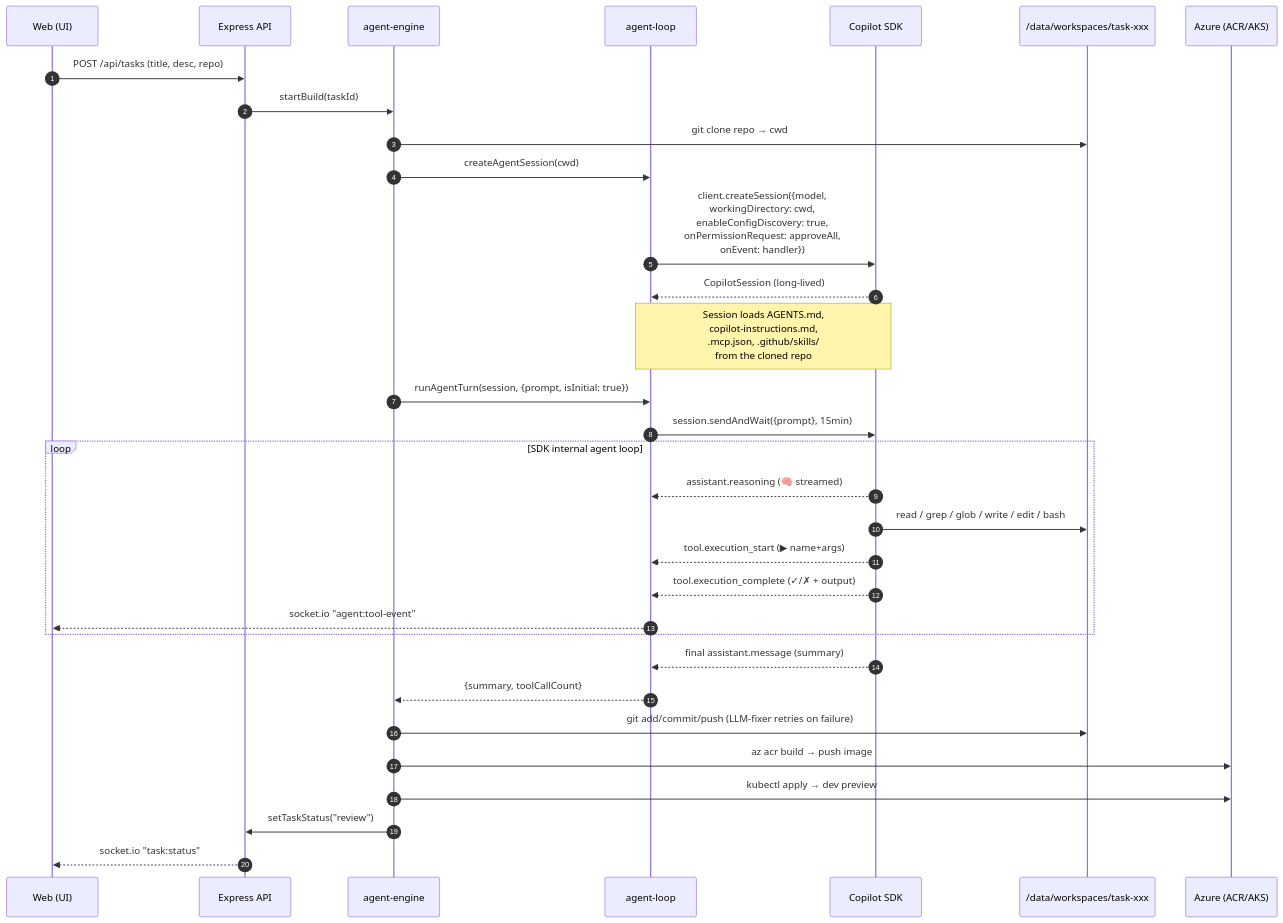
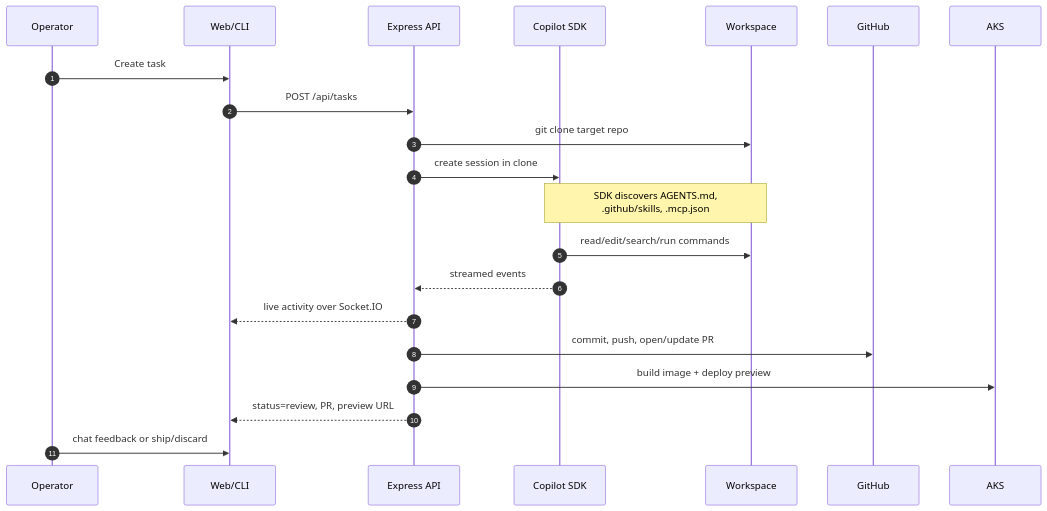
Before and after one commit to crgarcia12/Liliput: the third of 3 diagrams in README.md, drawn with Mermaid. The commit also changed other lines of this file and 10 other files, not shown here.

````diff
--- a/README.md
+++ b/README.md
@@ -46,38 +151,24 @@
 ```mermaid
 sequenceDiagram
     autonumber
-    participant UI as Web (UI)
-    participant API as Express API
-    participant Eng as agent-engine
-    participant AL as agent-loop
-    participant SDK as Copilot SDK
-    participant FS as /data/workspaces/task-xxx
-    participant Az as Azure (ACR/AKS)
+    participant U as Operator
+    participant W as Web/CLI
+    participant A as Express API
+    participant S as Copilot SDK
+    participant F as Workspace
+    participant G as GitHub
+    participant K as AKS
 
-    UI->>API: POST /api/tasks (title, desc, repo)
-    API->>Eng: startBuild(taskId)
-    Eng->>FS: git clone repo → cwd
-    Eng->>AL: createAgentSession(cwd)
-    AL->>SDK: client.createSession({model,<br/>workingDirectory: cwd,<br/>enableConfigDiscovery: true,<br/>onPermissionRequest: approveAll,<br/>onEvent: handler})
-    SDK-->>AL: CopilotSession (long-lived)
-    Note over AL,SDK: Session loads AGENTS.md,<br/>copilot-instructions.md,<br/>.mcp.json, .github/skills/<br/>from the cloned repo
-
-    Eng->>AL: runAgentTurn(session, {prompt, isInitial: true})
-    AL->>SDK: session.sendAndWait({prompt}, 15min)
-
-    loop SDK internal agent loop
-        SDK-->>AL: assistant.reasoning (🧠 streamed)
-        SDK->>FS: read / grep / glob / write / edit / bash
-        SDK-->>AL: tool.execution_start (▶ name+args)
-        SDK-->>AL: tool.execution_complete (✓/✗ + output)
-        AL-->>UI: socket.io "agent:tool-event"
-    end
-
-    SDK-->>AL: final assistant.message (summary)
-    AL-->>Eng: {summary, toolCallCount}
-    Eng->>FS: git add/commit/push (LLM-fixer retries on failure)
-    Eng->>Az: az acr build → push image
-    Eng->>Az: kubectl apply → dev preview
-    Eng->>API: setTaskStatus("review")
-    API-->>UI: socket.io "task:status"
+    U->>W: Create task
+    W->>A: POST /api/tasks
+    A->>F: git clone target repo
+    A->>S: create session in clone
+    Note over S,F: SDK discovers AGENTS.md,<br/>.github/skills, .mcp.json
+    S->>F: read/edit/search/run commands
+    S-->>A: streamed events
+    A-->>W: live activity over Socket.IO
+    A->>G: commit, push, open/update PR
+    A->>K: build image + deploy preview
+    A-->>W: status=review, PR, preview URL
+    U->>W: chat feedback or ship/discard
 ```
````
